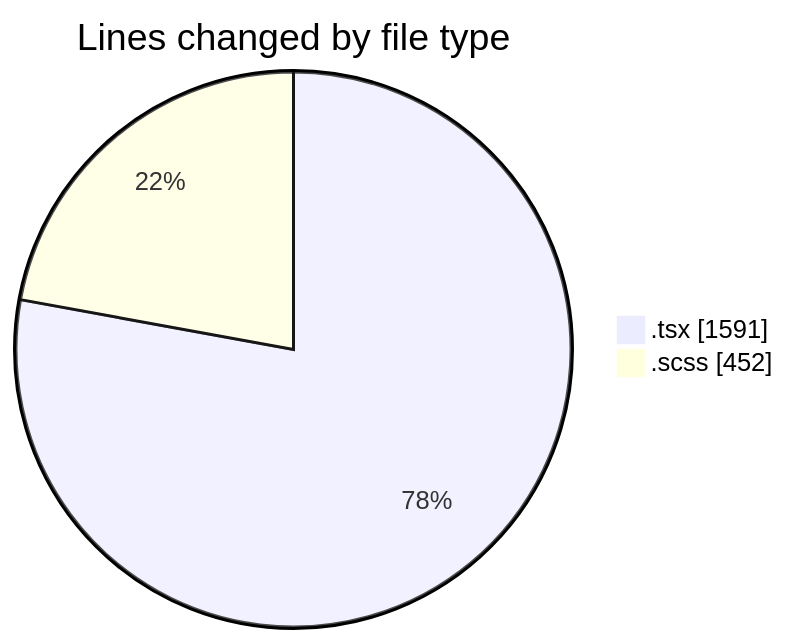
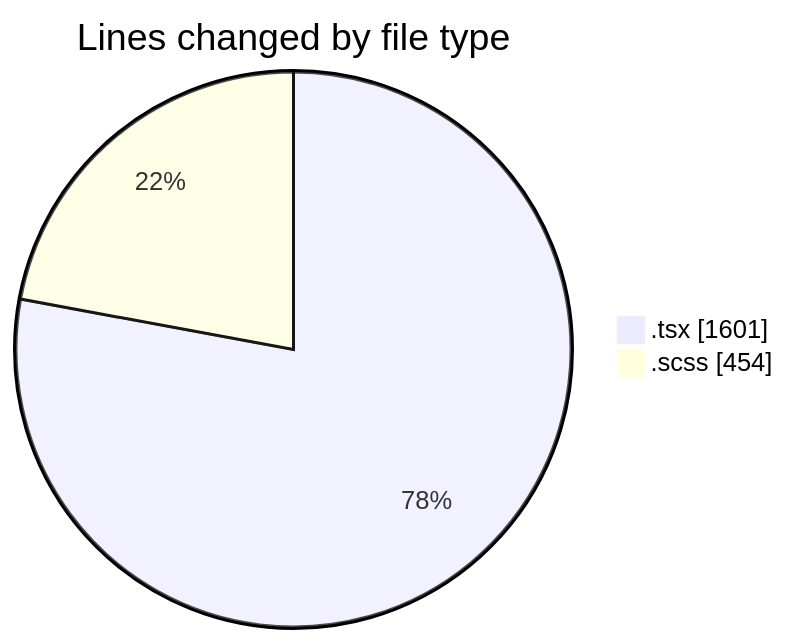
The first of 2 diagrams in 2025-04-10/cda/README.md (momahboobian/code-tracking), drawn with Mermaid before and after one commit. The commit also changed other lines of this file and 1 other file, not shown here.

````diff
--- a/2025-04-10/cda/README.md
+++ b/2025-04-10/cda/README.md
@@ -24,6 +24,6 @@
 ```mermaid
 pie showData
 title Lines changed by file type
-".tsx" : 1591
-".scss" : 452
+".tsx" : 1601
+".scss" : 454
 ```
````
